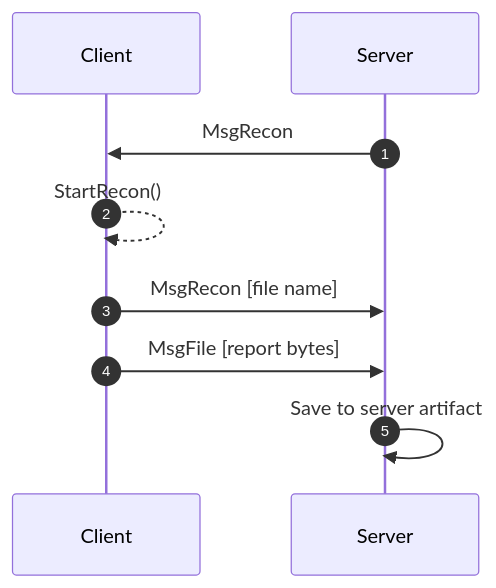
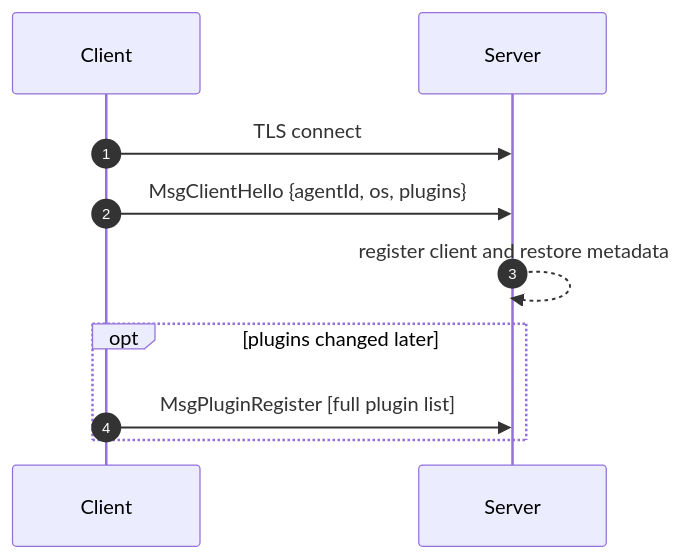
The first of 6 diagrams in content/docs/(siren)/protocol.mdx (SignorMercurio/siren_docs), drawn with Mermaid before and after one commit. The commit also changed other lines of this file and 41 other files, not shown here.

````diff
--- a/content/docs/(siren)/protocol.mdx
+++ b/content/docs/(siren)/protocol.mdx
@@ -43,11 +98,12 @@
 ```mermaid
 sequenceDiagram
     autonumber
     participant C as Client
     participant S as Server
-    S->>C: MsgRecon
-    C-->>C: StartRecon()
-    C->>S: MsgRecon [file name]
-    C->>S: MsgFile [report bytes]
-    S->>S: Save to server artifact
+    C->>S: TLS connect
+    C->>S: MsgClientHello {agentId, os, plugins}
+    S-->>S: register client and restore metadata
+    opt plugins changed later
+        C->>S: MsgPluginRegister [full plugin list]
+    end
 ```
````
